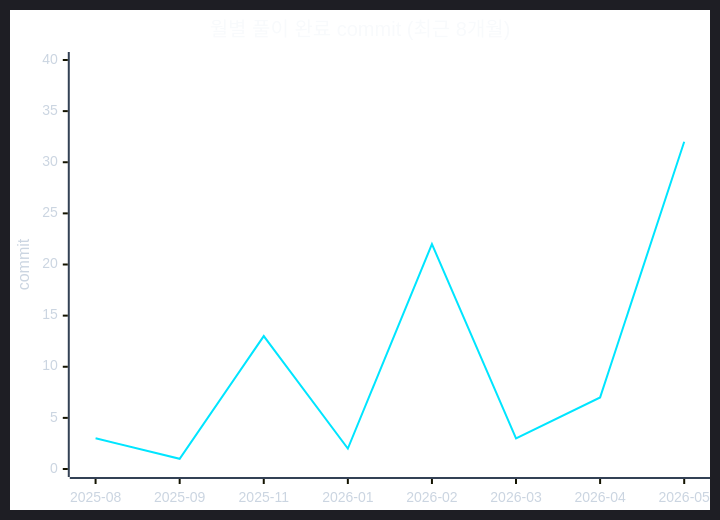
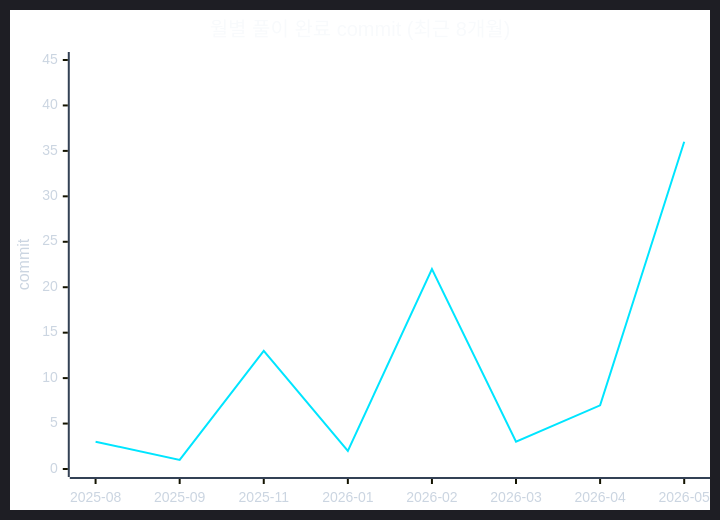
One commit to CHOOSLA/Algorithm changed the second of 2 diagrams in readme.md. Above: the diagram before and after it, drawn with Mermaid. The commit also changed other lines of this file and 1 other file, not shown here.

````diff
--- a/readme.md
+++ b/readme.md
@@ -71,22 +71,22 @@
 ```mermaid
 ---
 config:
   theme: dark
   themeVariables:
     background: '#0d1117'
     xyChart:
       titleColor: '#f8fafc'
       xAxisLabelColor: '#cbd5e1'
       xAxisTitleColor: '#cbd5e1'
       xAxisLineColor: '#334155'
       yAxisLabelColor: '#cbd5e1'
       yAxisTitleColor: '#cbd5e1'
       yAxisLineColor: '#334155'
       plotColorPalette: '#00e5ff'
 ---
 xychart-beta
   title "월별 풀이 완료 commit (최근 8개월)"
   x-axis ["2025-08", "2025-09", "2025-11", "2026-01", "2026-02", "2026-03", "2026-04", "2026-05"]
-  y-axis "commit" 0 --> 40
-  line [3, 1, 13, 2, 22, 3, 7, 32]
+  y-axis "commit" 0 --> 45
+  line [3, 1, 13, 2, 22, 3, 7, 36]
 ```
````
